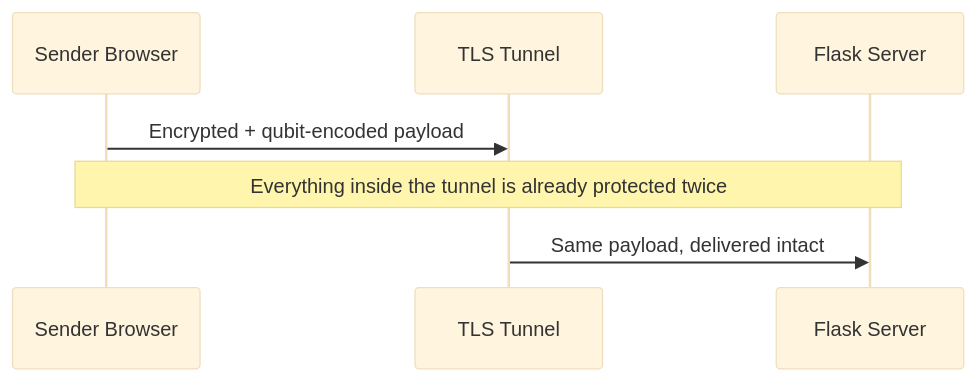
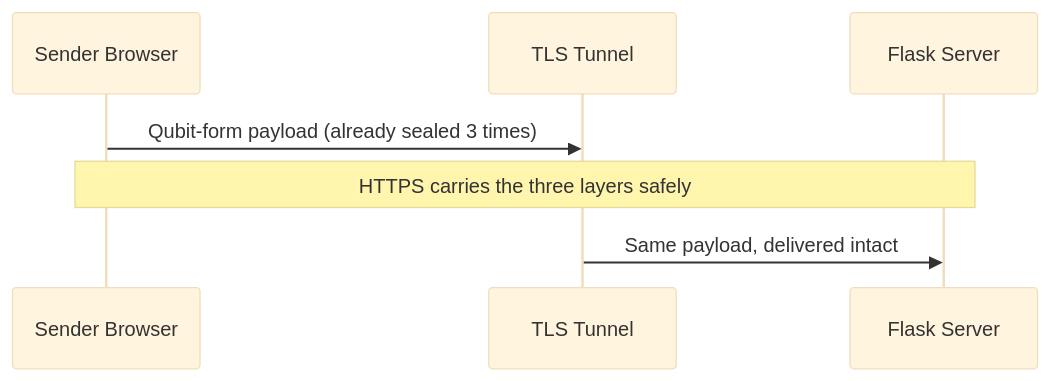
Before and after one commit to MrShadow009/Hybrid-Classical-Quantum-Secure-Messaging-Prototype: the fourth of 20 diagrams in README.md, drawn with Mermaid (base theme). The commit also changed other lines of this file, not shown here.

````diff
--- a/README.md
+++ b/README.md
@@ -338,9 +375,9 @@
 ```mermaid
 sequenceDiagram
     participant S as Sender Browser
     participant T as TLS Tunnel
     participant F as Flask Server
-    S->>T: Encrypted + qubit-encoded payload
-    Note over S,F: Everything inside the tunnel is already protected twice
+    S->>T: Qubit-form payload (already sealed 3 times)
+    Note over S,F: HTTPS carries the three layers safely
     T->>F: Same payload, delivered intact
 ```
````
